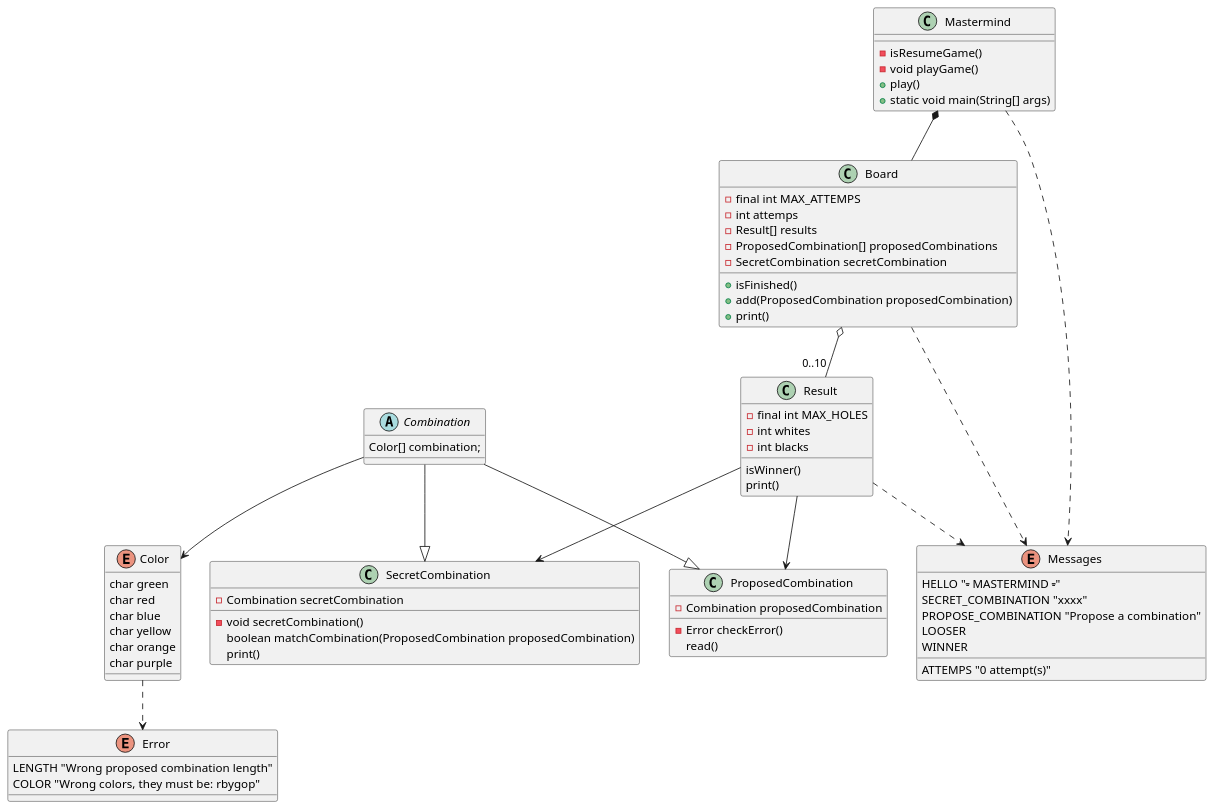
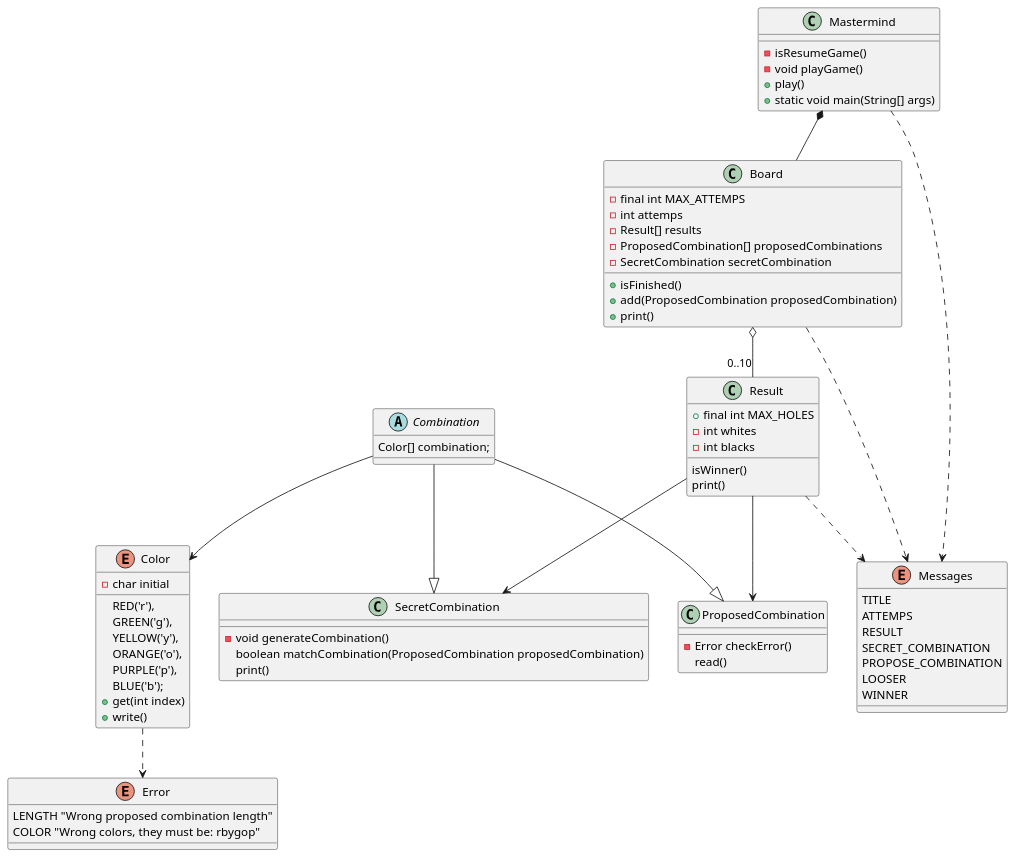
The diagram in docs/clases.puml (ivanzm/java-mastermind), drawn with PlantUML before and after one commit.

Commit message:
Update designClass

```diff
--- a/docs/clases.puml
+++ b/docs/clases.puml
@@ -1,79 +1,82 @@
 @startuml
 
 class Mastermind {
 - isResumeGame()
 - void playGame()
 + play()
 + static void main(String[] args)
 }
 
 class Board {
 - final int MAX_ATTEMPS
 - int attemps
 - Result[] results
 - ProposedCombination[] proposedCombinations
 - SecretCombination secretCombination
 + isFinished()
 + add(ProposedCombination proposedCombination)
 + print()
 }
 
 abstract class Combination {
 Color[] combination;
 }
 
 class SecretCombination {
-- Combination secretCombination
-- void secretCombination()
+- void generateCombination()
 boolean matchCombination(ProposedCombination proposedCombination)
 print()
 }
 
 class ProposedCombination {
-- Combination proposedCombination
 - Error checkError()
 read()
 }
 
 class Result {
-- final int MAX_HOLES
++ final int MAX_HOLES
 - int whites
 - int blacks
 isWinner()
 print()
 }
 
 enum Messages{
-HELLO "----- MASTERMIND -----"
-ATTEMPS "0 attempt(s)"
-SECRET_COMBINATION "xxxx"
-PROPOSE_COMBINATION "Propose a combination"
+TITLE
+ATTEMPS
+RESULT
+SECRET_COMBINATION
+PROPOSE_COMBINATION
 LOOSER
 WINNER
 }
 enum Color {
-char green
-char red
-char blue
-char yellow
-char orange
-char purple
+RED('r'),
+GREEN('g'),
+YELLOW('y'),
+ORANGE('o'),
+PURPLE('p'),
+BLUE('b');
+- char initial
++ get(int index)
++ write()
+
 }
 enum Error {
 LENGTH "Wrong proposed combination length"
 COLOR "Wrong colors, they must be: rbygop"
 }
 
 Mastermind *-- Board
 Board o-- "0..10" Result
 Combination --|> SecretCombination
 Combination --|> ProposedCombination
 Result --> SecretCombination
 Result --> ProposedCombination
 Combination --> Color
 Mastermind ..> Messages
 Board ..> Messages
 Result ..> Messages
 Color ..> Error
 
 @enduml
```
